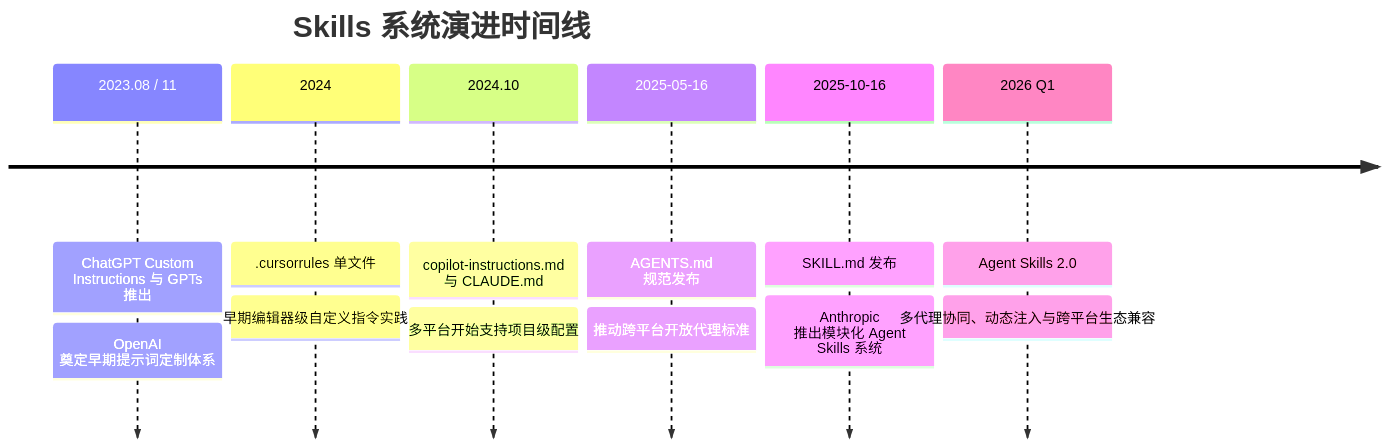
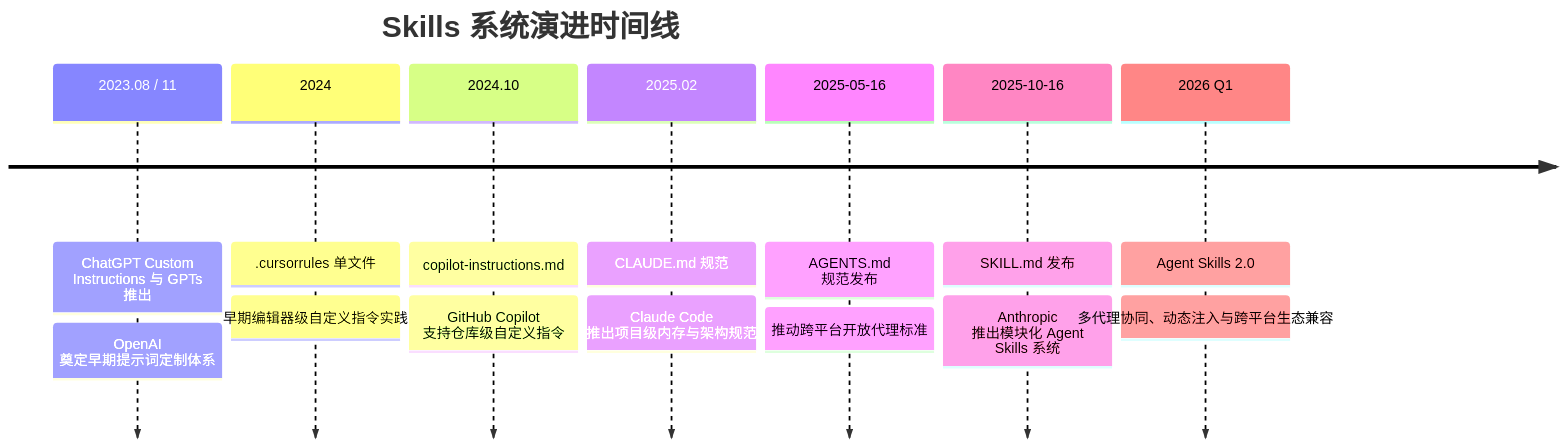
One commit to ifnodoraemon/ifnodoraemon.github.io changed the seventh of 8 diagrams in content/zh/articles/skills-guide.md. Above: the diagram before and after it, drawn with Mermaid. The commit also changed 4 other files, not shown here.

Commit message:
style(docs): refine deployment cost phrasing, split skills timeline milestones, and list full OCP MX consortium

````diff
--- a/content/zh/articles/skills-guide.md
+++ b/content/zh/articles/skills-guide.md
@@ -551,10 +551,11 @@
 ```mermaid
 timeline
     title Skills 系统演进时间线
     2023.08 / 11 : ChatGPT Custom Instructions 与 GPTs 推出 : OpenAI 奠定早期提示词定制体系
     2024 : .cursorrules 单文件 : 早期编辑器级自定义指令实践
-    2024.10 : copilot-instructions.md 与 CLAUDE.md : 多平台开始支持项目级配置
+    2024.10 : copilot-instructions.md : GitHub Copilot 支持仓库级自定义指令
+    2025.02 : CLAUDE.md 规范 : Claude Code 推出项目级内存与架构规范
     2025-05-16 : AGENTS.md 规范发布 : 推动跨平台开放代理标准
     2025-10-16 : SKILL.md 发布 : Anthropic 推出模块化 Agent Skills 系统
     2026 Q1 : Agent Skills 2.0 : 多代理协同、动态注入与跨平台生态兼容
 ```
````
